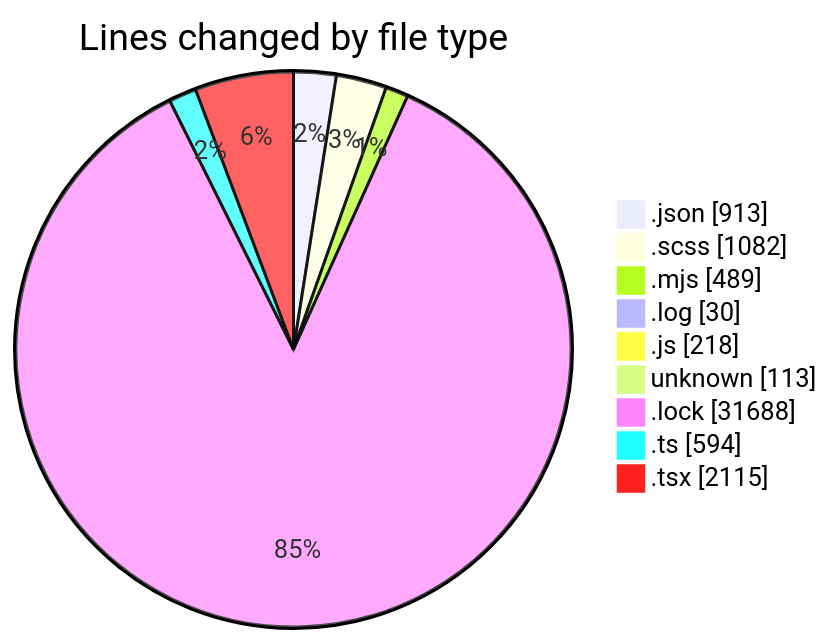
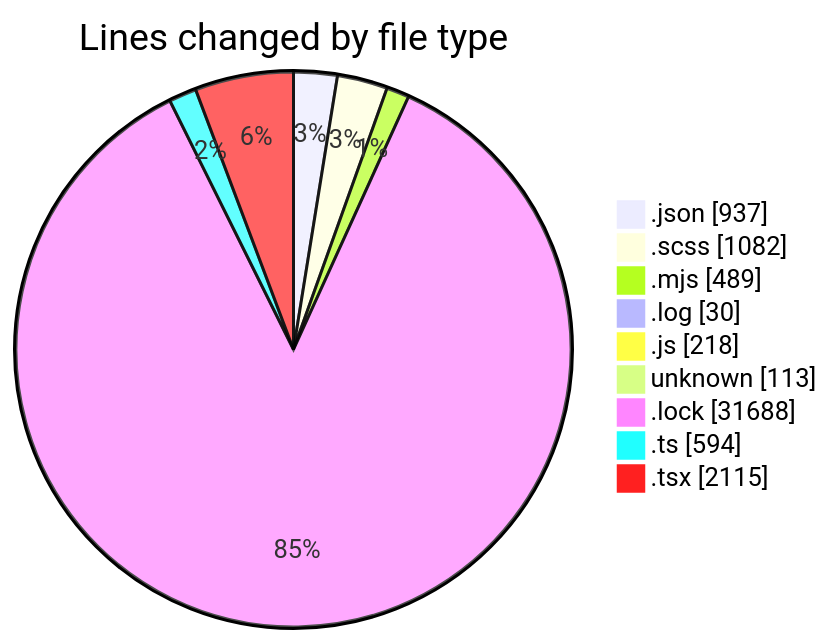
The first of 2 diagrams in 2026-08-12/cda/README.md (momahboobian/code-tracking), drawn with Mermaid before and after one commit. The commit also changed other lines of this file and 1 other file, not shown here.

````diff
--- a/2026-08-12/cda/README.md
+++ b/2026-08-12/cda/README.md
@@ -60,13 +60,13 @@
 ```mermaid
 pie showData
 title Lines changed by file type
-".json" : 913
+".json" : 937
 ".scss" : 1082
 ".mjs" : 489
 ".log" : 30
 ".js" : 218
 "unknown" : 113
 ".lock" : 31688
 ".ts" : 594
 ".tsx" : 2115
 ```
````
